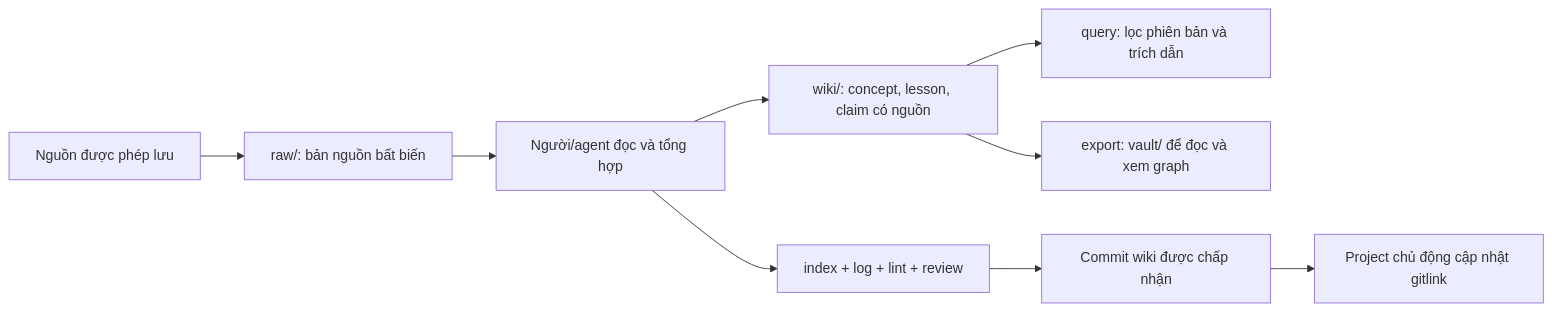
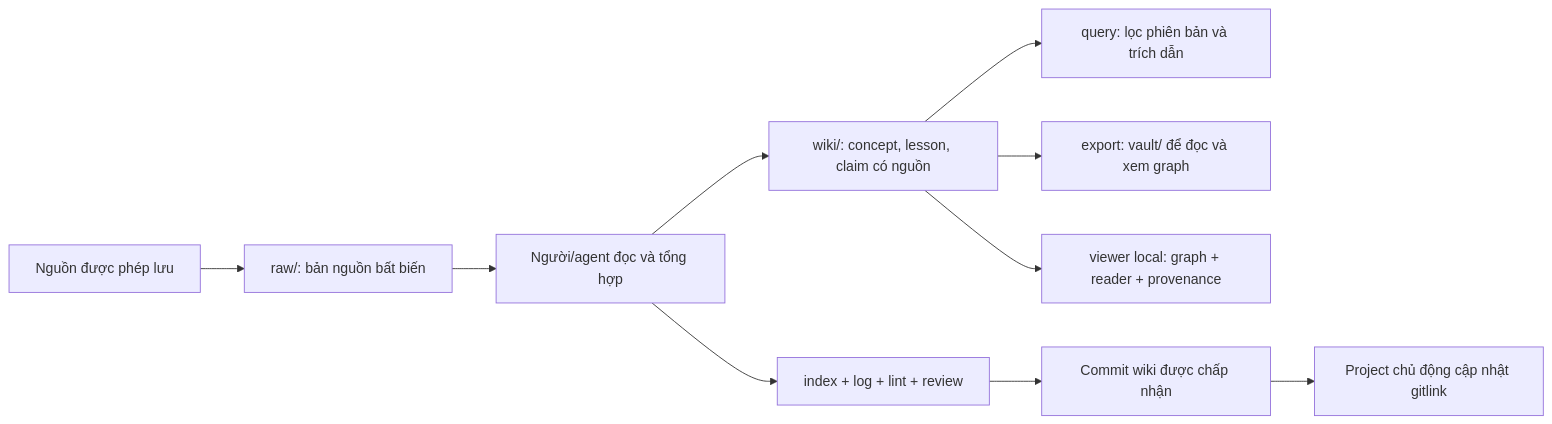
The diagram in README.md (deekay71/agent-knowledge), drawn with Mermaid before and after one commit. The commit also changed other lines of this file and 27 other files, not shown here.

Commit message:
Add local read-only knowledge graph viewer

````diff
--- a/README.md
+++ b/README.md
@@ -29,11 +38,12 @@
 ```mermaid
 flowchart LR
     S["Nguồn được phép lưu"] --> R["raw/: bản nguồn bất biến"]
     R --> A["Người/agent đọc và tổng hợp"]
     A --> W["wiki/: concept, lesson, claim có nguồn"]
     W --> Q["query: lọc phiên bản và trích dẫn"]
     W --> V["export: vault/ để đọc và xem graph"]
+    W --> L["viewer local: graph + reader + provenance"]
     A --> G["index + log + lint + review"]
     G --> C["Commit wiki được chấp nhận"]
     C --> P["Project chủ động cập nhật gitlink"]
 ```
````
